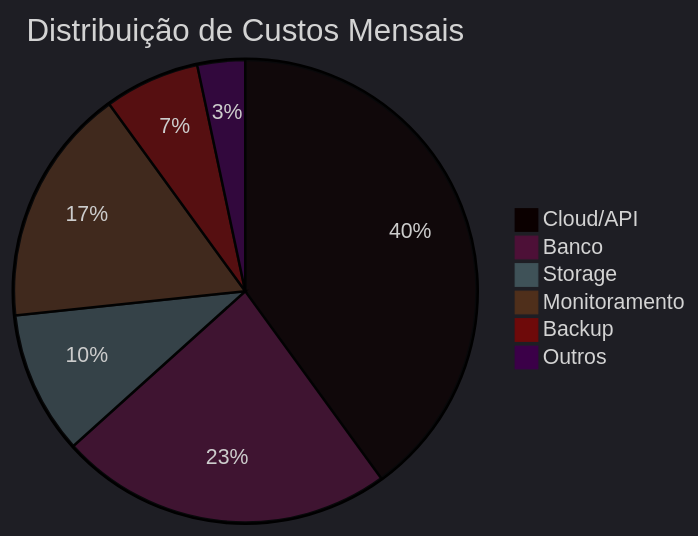
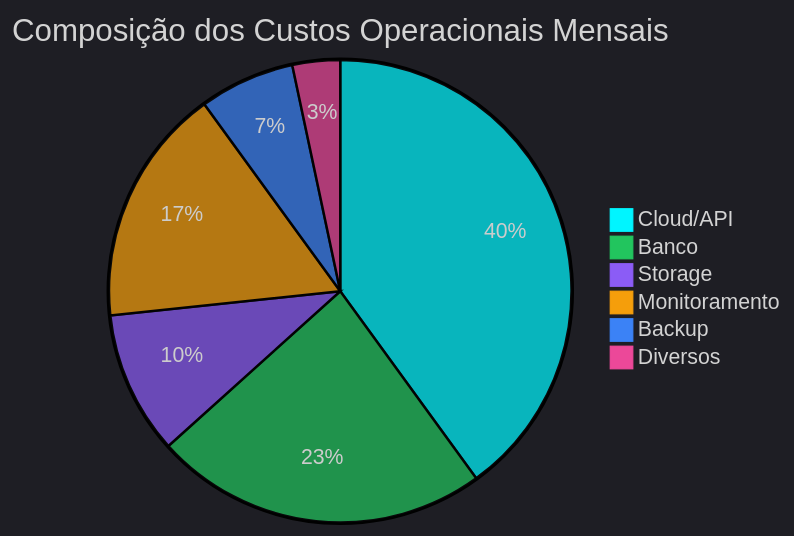
Diagram 12 of 13 in test.md (matheusdiamantino-betalent/questions-ai), drawn with Mermaid before and after one commit. The commit also changed other lines of this file, not shown here.

````diff
--- a/test.md
+++ b/test.md
@@ -221,10 +948,21 @@
 ```mermaid
-%%{init: {'theme':'dark'}}%%
-pie title Distribuição de Custos Mensais
+%%{init: {
+  'theme': 'dark',
+  'themeVariables': {
+    'background': '#020617',
+    'pie1': '#00F5FF',
+    'pie2': '#22C55E',
+    'pie3': '#8B5CF6',
+    'pie4': '#F59E0B',
+    'pie5': '#3B82F6',
+    'pie6': '#EC4899'
+  }
+}}%%
+pie title Composição dos Custos Operacionais Mensais
     "Cloud/API" : 600
     "Banco" : 350
     "Storage" : 150
     "Monitoramento" : 250
     "Backup" : 100
-    "Outros" : 50
+    "Diversos" : 50
 ```
````
